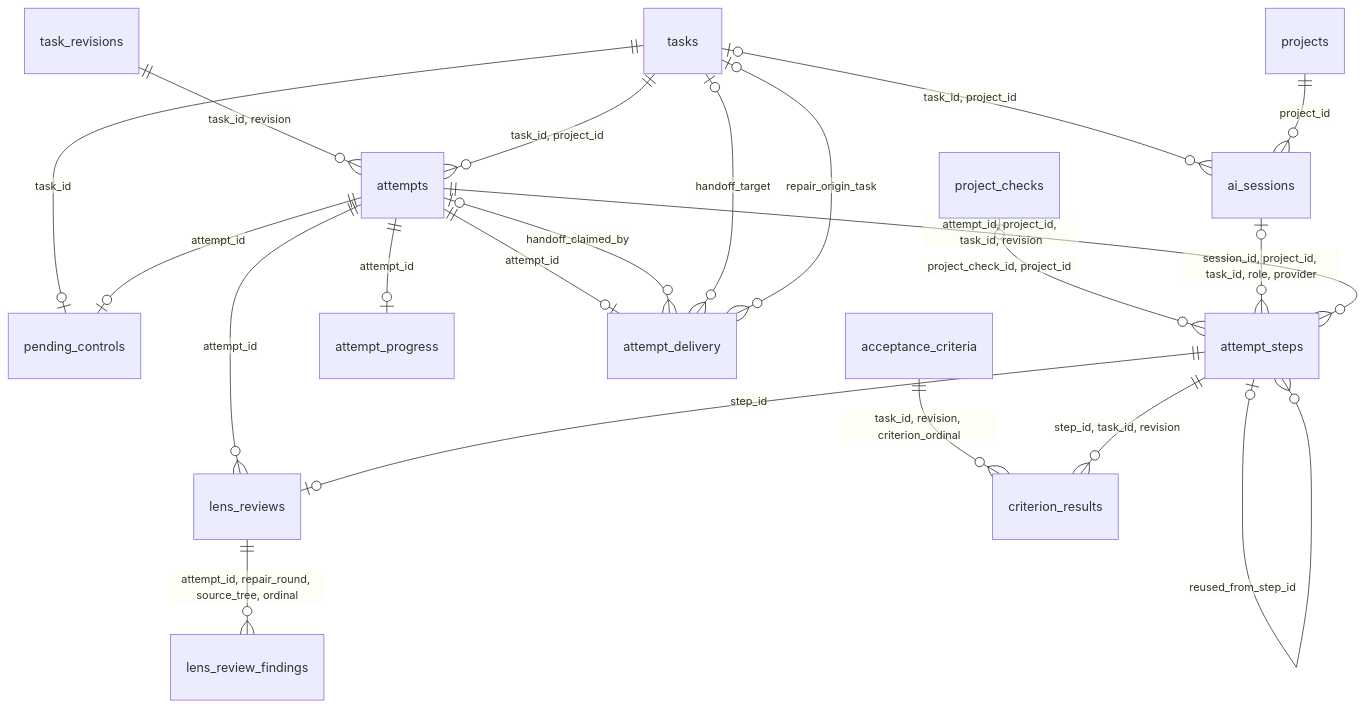
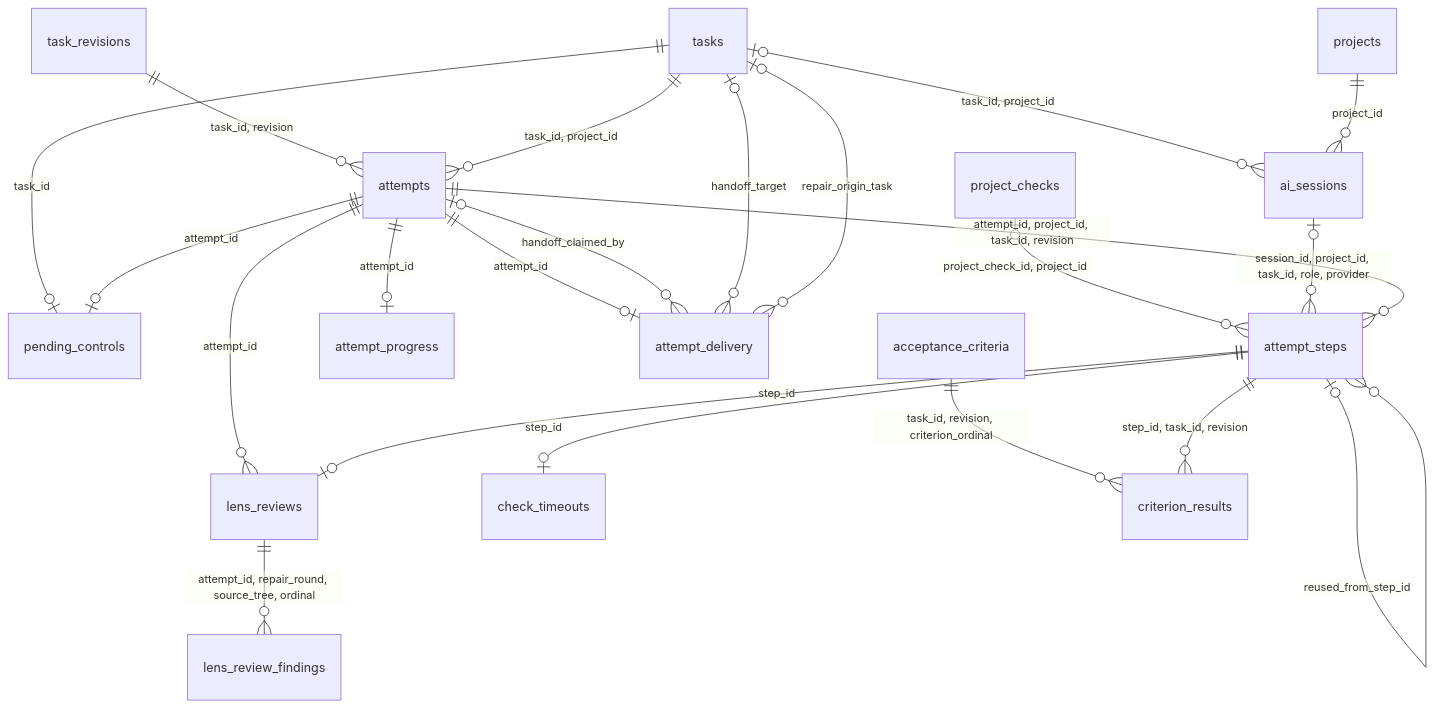
Before and after one commit to IllyaYalovyy/ktask-rs: the second of 3 diagrams in docs/STORAGE.md, drawn with Mermaid. The commit also changed other lines of this file and 20 other files, not shown here.

Commit message:
Handle supervisor check timeouts through remediation

````diff
--- a/docs/STORAGE.md
+++ b/docs/STORAGE.md
@@ -270,23 +270,24 @@
 ```mermaid
 erDiagram
     task_revisions ||--o{ attempts : "task_id, revision"
     tasks ||--o{ attempts : "task_id, project_id"
     tasks ||--o| pending_controls : "task_id"
     attempts ||--o| pending_controls : "attempt_id"
     tasks o|--o{ ai_sessions : "task_id, project_id"
     projects ||--o{ ai_sessions : "project_id"
     project_checks o|--o{ attempt_steps : "project_check_id, project_id"
     ai_sessions o|--o{ attempt_steps : "session_id, project_id, task_id, role, provider"
     attempts ||--o| attempt_progress : "attempt_id"
     attempts ||--o{ lens_reviews : "attempt_id"
     attempt_steps ||--o| lens_reviews : "step_id"
+    attempt_steps ||--o| check_timeouts : "step_id"
     lens_reviews ||--o{ lens_review_findings : "attempt_id, repair_round, source_tree, ordinal"
     attempts ||--o| attempt_delivery : "attempt_id"
     attempts o|--o{ attempt_delivery : "handoff_claimed_by"
     tasks o|--o{ attempt_delivery : "handoff_target"
     tasks o|--o{ attempt_delivery : "repair_origin_task"
     attempts ||--o{ attempt_steps : "attempt_id, project_id, task_id, revision"
     attempt_steps o|--o{ attempt_steps : "reused_from_step_id"
     acceptance_criteria ||--o{ criterion_results : "task_id, revision, criterion_ordinal"
     attempt_steps ||--o{ criterion_results : "step_id, task_id, revision"
 ```
````
